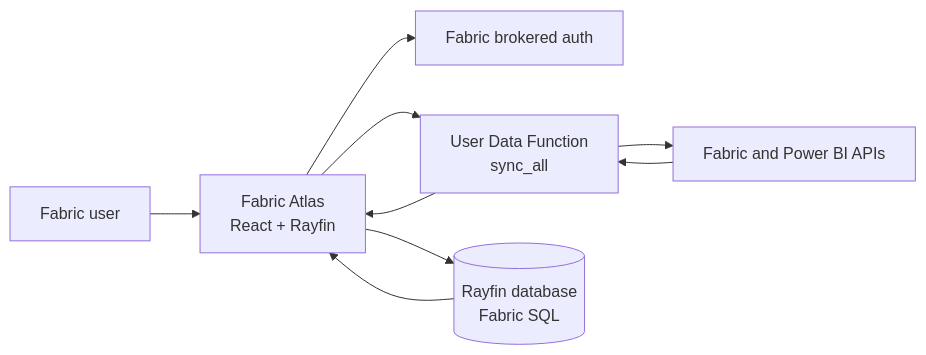
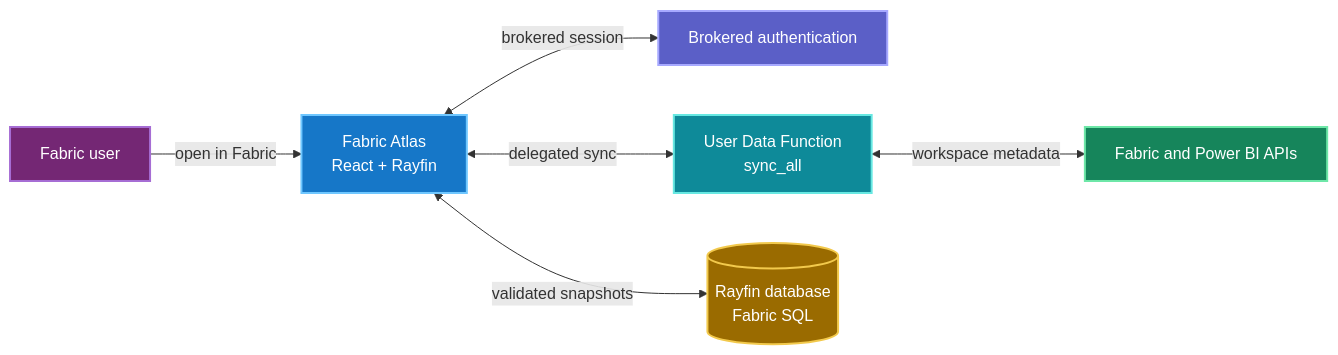
One commit to fredgis/FabricAtlas changed the diagram in README.md. Above: the diagram before and after it, drawn with Mermaid. The commit also changed other lines of this file and 1 other file, not shown here.

Commit message:
Improve README architecture and catalog preview [skip ci]
Add a color-coded Mermaid architecture diagram and document the Asset Catalog measure details with the supplied screenshot.

Copilot-Session: 357c7fcc-7167-4d8d-83fc-7b34186a0920

````diff
--- a/README.md
+++ b/README.md
@@ -81,11 +89,29 @@
 ```mermaid
 flowchart LR
-  U["Fabric user"] --> APP["Fabric Atlas<br/>React + Rayfin"]
-  APP --> AUTH["Fabric brokered auth"]
-  APP --> UDF["User Data Function<br/>sync_all"]
-  UDF --> API["Fabric and Power BI APIs"]
-  API --> UDF
-  UDF --> APP
-  APP --> DB[("Rayfin database<br/>Fabric SQL")]
-  DB --> APP
+  U["Fabric user"]
+  APP["Fabric Atlas<br/>React + Rayfin"]
+  AUTH["Brokered authentication"]
+  UDF["User Data Function<br/>sync_all"]
+  API["Fabric and Power BI APIs"]
+  DB[("Rayfin database<br/>Fabric SQL")]
+
+  U -->|"open in Fabric"| APP
+  APP <-->|"brokered session"| AUTH
+  APP <-->|"delegated sync"| UDF
+  UDF <-->|"workspace metadata"| API
+  APP <-->|"validated snapshots"| DB
+
+  classDef user fill:#742774,stroke:#a66dd4,color:#ffffff,stroke-width:2px;
+  classDef app fill:#1677c8,stroke:#6fc7ff,color:#ffffff,stroke-width:2px;
+  classDef auth fill:#5b5fc7,stroke:#a7a9ff,color:#ffffff,stroke-width:2px;
+  classDef udf fill:#0e8a99,stroke:#67e8e2,color:#ffffff,stroke-width:2px;
+  classDef api fill:#16855b,stroke:#6ee7a8,color:#ffffff,stroke-width:2px;
+  classDef database fill:#9a6b00,stroke:#f2c94c,color:#ffffff,stroke-width:2px;
+
+  class U user;
+  class APP app;
+  class AUTH auth;
+  class UDF udf;
+  class API api;
+  class DB database;
 ```
````
